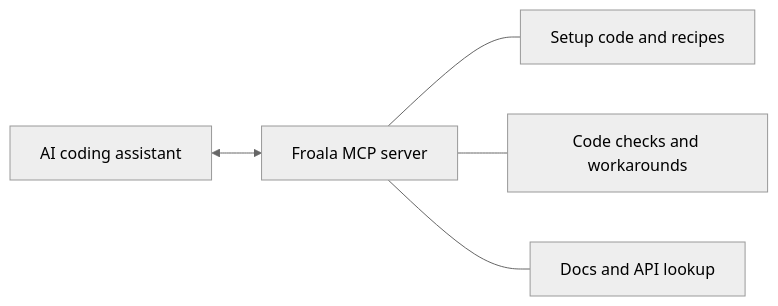
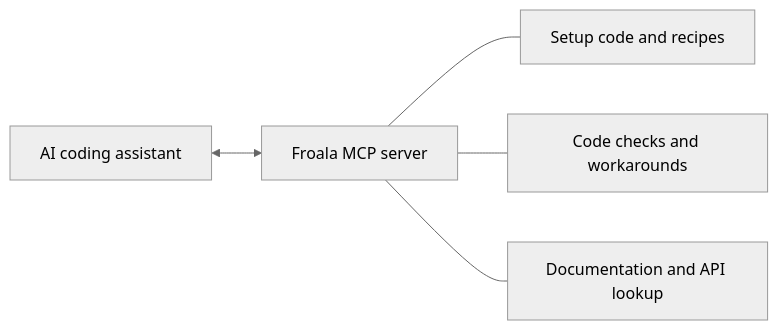
The diagram in README.md (krzysztofspilka/unofficial-froala-mcp), drawn with Mermaid (neutral theme) before and after one commit. The commit also changed other lines of this file, not shown here.

````diff
--- a/README.md
+++ b/README.md
@@ -21,7 +20,7 @@
 ```mermaid
 flowchart LR
     A["AI coding assistant"] <--> S["Froala MCP server"]
     S --- T1["Setup code and recipes"]
     S --- T2["Code checks and workarounds"]
-    S --- T3["Docs and API lookup"]
+    S --- T3["Documentation and API lookup"]
 ```
````
